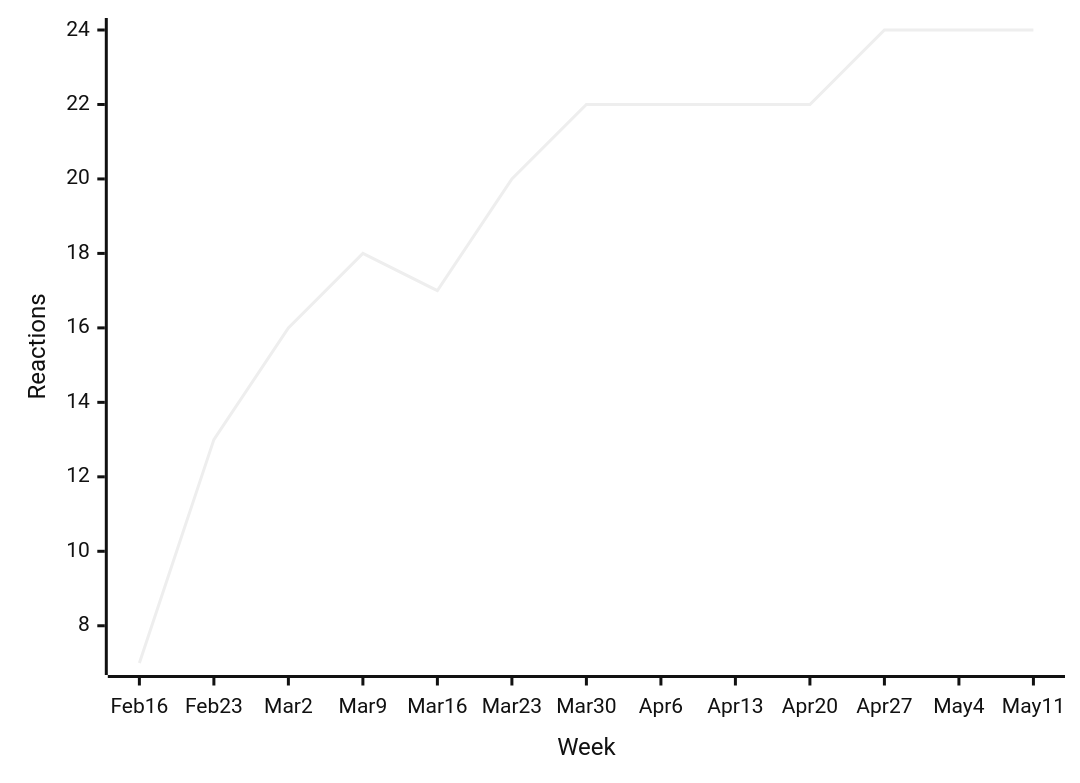
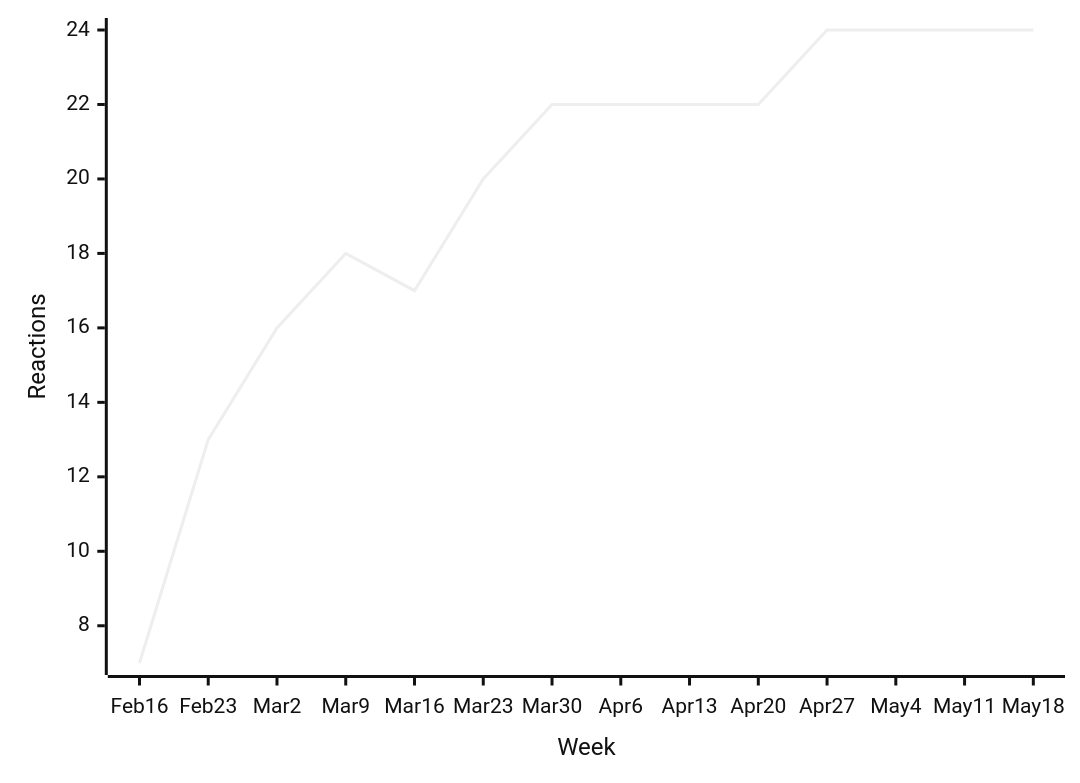
The sixth of 49 diagrams in README.md (loic-sharma/github-insights), drawn with Mermaid (neutral theme) before and after one commit. The commit also changed other lines of this file and 3 other files, not shown here.

````diff
--- a/README.md
+++ b/README.md
@@ -424,6 +424,6 @@
   ```mermaid
   xychart-beta
-    x-axis "Week" [Feb 16, Feb 23, Mar 2, Mar 9, Mar 16, Mar 23, Mar 30, Apr 6, Apr 13, Apr 20, Apr 27, May 4, May 11]
+    x-axis "Week" [Feb 16, Feb 23, Mar 2, Mar 9, Mar 16, Mar 23, Mar 30, Apr 6, Apr 13, Apr 20, Apr 27, May 4, May 11, May 18]
     y-axis "Reactions"
-    line [7, 13, 16, 18, 17, 20, 22, 22, 22, 22, 24, 24, 24]
+    line [7, 13, 16, 18, 17, 20, 22, 22, 22, 22, 24, 24, 24, 24]
   ```
````
